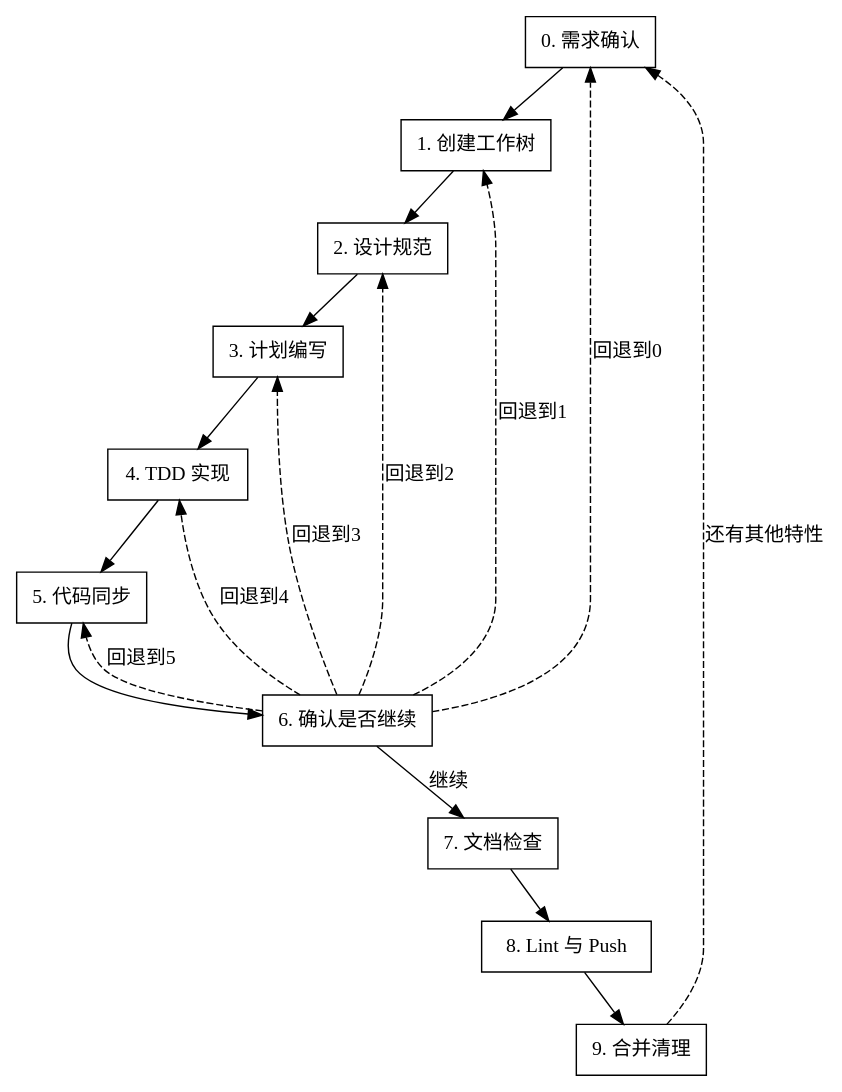
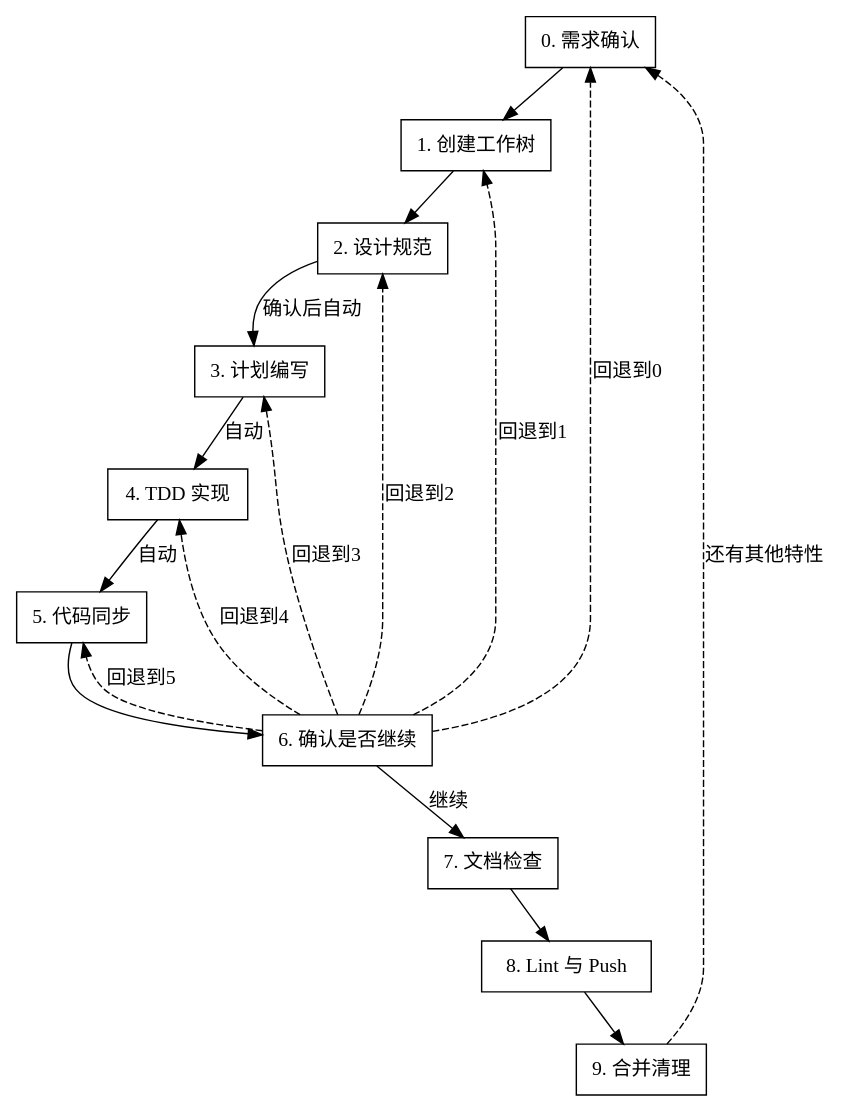
One commit to marcocpt/trae_skills changed the diagram in feature-development-workflow/SKILL.md. Above: the diagram before and after it, drawn with Graphviz. The commit also changed other lines of this file, not shown here.

````diff
--- a/feature-development-workflow/SKILL.md
+++ b/feature-development-workflow/SKILL.md
@@ -22,22 +22,22 @@
 ```dot
 digraph feature_development_workflow {
     rankdir=TB;
     node [shape=box];
     "0. 需求确认" -> "1. 创建工作树";
     "1. 创建工作树" -> "2. 设计规范";
-    "2. 设计规范" -> "3. 计划编写";
-    "3. 计划编写" -> "4. TDD 实现";
-    "4. TDD 实现" -> "5. 代码同步";
+    "2. 设计规范" -> "3. 计划编写" [label="确认后自动"];
+    "3. 计划编写" -> "4. TDD 实现" [label="自动"];
+    "4. TDD 实现" -> "5. 代码同步" [label="自动"];
     "5. 代码同步" -> "6. 确认是否继续";
     "6. 确认是否继续" -> "7. 文档检查" [label="继续"];
     "6. 确认是否继续" -> "0. 需求确认" [label="回退到0", style=dashed];
     "6. 确认是否继续" -> "1. 创建工作树" [label="回退到1", style=dashed];
     "6. 确认是否继续" -> "2. 设计规范" [label="回退到2", style=dashed];
     "6. 确认是否继续" -> "3. 计划编写" [label="回退到3", style=dashed];
     "6. 确认是否继续" -> "4. TDD 实现" [label="回退到4", style=dashed];
     "6. 确认是否继续" -> "5. 代码同步" [label="回退到5", style=dashed];
     "7. 文档检查" -> "8. Lint 与 Push";
     "8. Lint 与 Push" -> "9. 合并清理";
     "9. 合并清理" -> "0. 需求确认" [label="还有其他特性", style=dashed];
 }
 ```
````
